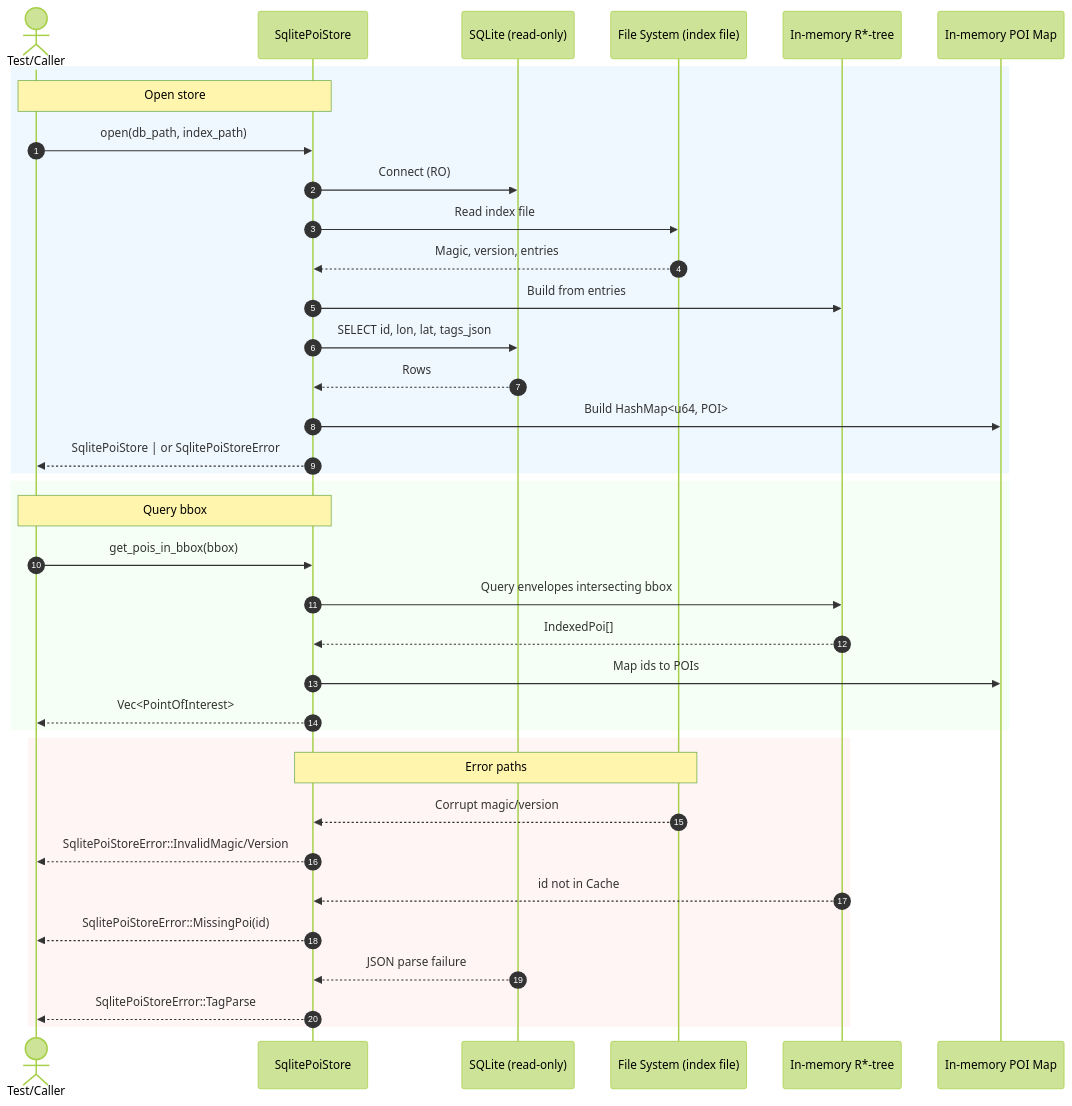
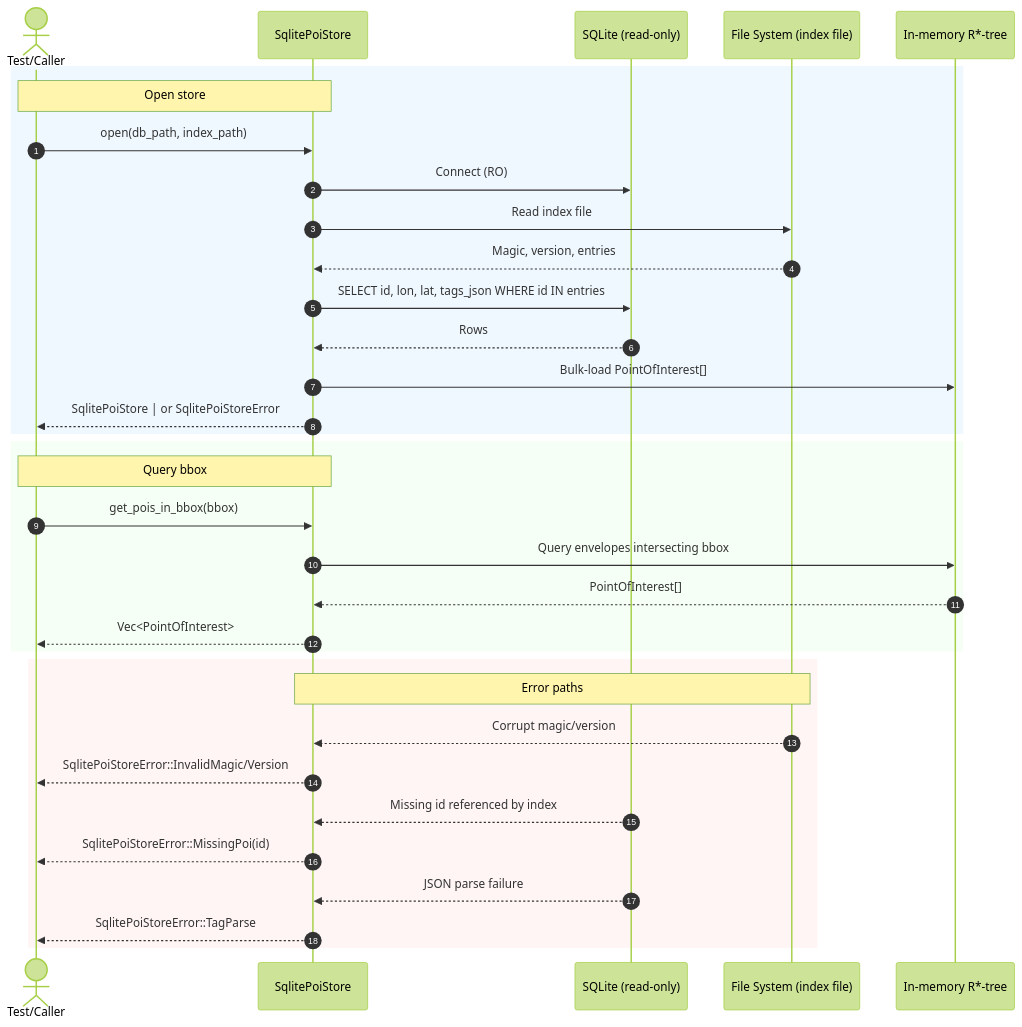
The second of 2 diagrams in docs/wildside-engine-design.md (leynos/wildside-engine), drawn with Mermaid (forest theme) before and after one commit. The commit also changed other lines of this file and 1 other file, not shown here.

Commit message:
Refine SQLite POI store hydration

````diff
--- a/docs/wildside-engine-design.md
+++ b/docs/wildside-engine-design.md
@@ -158,42 +156,39 @@
 ```mermaid
 sequenceDiagram
   autonumber
   actor Test as Test/Caller
   participant Store as SqlitePoiStore
   participant SQLite as SQLite (read-only)
   participant FS as File System (index file)
   participant RTree as In-memory R*-tree
-  participant Cache as In-memory POI Map
 
   rect rgb(240,248,255)
     note over Test,Store: Open store
     Test->>Store: open(db_path, index_path)
     Store->>SQLite: Connect (RO)
     Store->>FS: Read index file
     FS-->>Store: Magic, version, entries
-    Store->>RTree: Build from entries
-    Store->>SQLite: SELECT id, lon, lat, tags_json
+    Store->>SQLite: SELECT id, lon, lat, tags_json WHERE id IN entries
     SQLite-->>Store: Rows
-    Store->>Cache: Build HashMap<u64, POI>
+    Store->>RTree: Bulk-load PointOfInterest[]
     Store-->>Test: SqlitePoiStore | or SqlitePoiStoreError
   end
 
   rect rgb(245,255,245)
     note over Test,Store: Query bbox
     Test->>Store: get_pois_in_bbox(bbox)
     Store->>RTree: Query envelopes intersecting bbox
-    RTree-->>Store: IndexedPoi[]
-    Store->>Cache: Map ids to POIs
+    RTree-->>Store: PointOfInterest[]
     Store-->>Test: Vec<PointOfInterest>
   end
 
   rect rgb(255,245,245)
     note over Store,FS: Error paths
     FS-->>Store: Corrupt magic/version
     Store-->>Test: SqlitePoiStoreError::InvalidMagic/Version
-    RTree-->>Store: id not in Cache
+    SQLite-->>Store: Missing id referenced by index
     Store-->>Test: SqlitePoiStoreError::MissingPoi(id)
     SQLite-->>Store: JSON parse failure
     Store-->>Test: SqlitePoiStoreError::TagParse
   end
 ```
````
